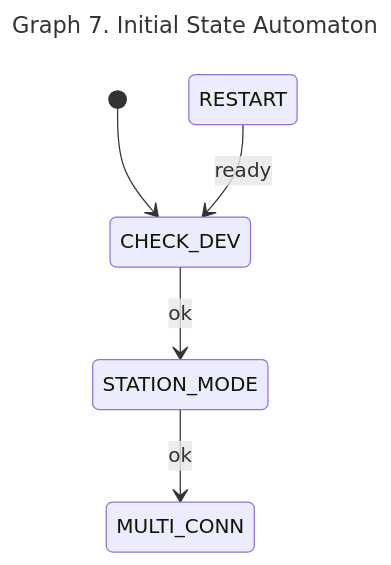
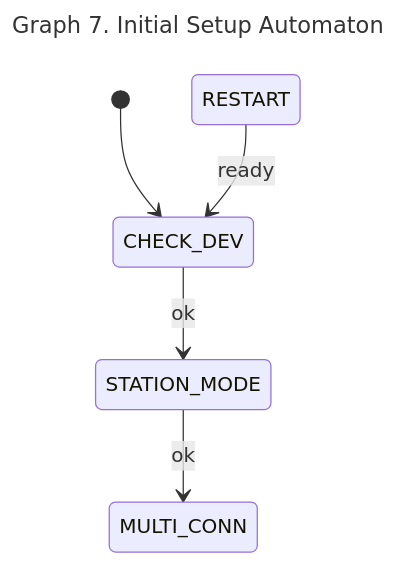
One commit to ckevar/ErikaOS-OnlineWeatherStation changed the seventh of 11 diagrams in README.md. Above: the diagram before and after it, drawn with Mermaid. The commit also changed other lines of this file and 16 other files, not shown here.

````diff
--- a/README.md
+++ b/README.md
@@ -177,10 +180,10 @@
 ``` mermaid
 ---
-title: 'Graph 7. Initial State Automaton'
+title: 'Graph 7. Initial Setup Automaton'
 ---
 stateDiagram-v2 
 [*] --> CHECK_DEV
 CHECK_DEV --> STATION_MODE : ok
 STATION_MODE --> MULTI_CONN : ok
 RESTART --> CHECK_DEV : ready
 ```
````
